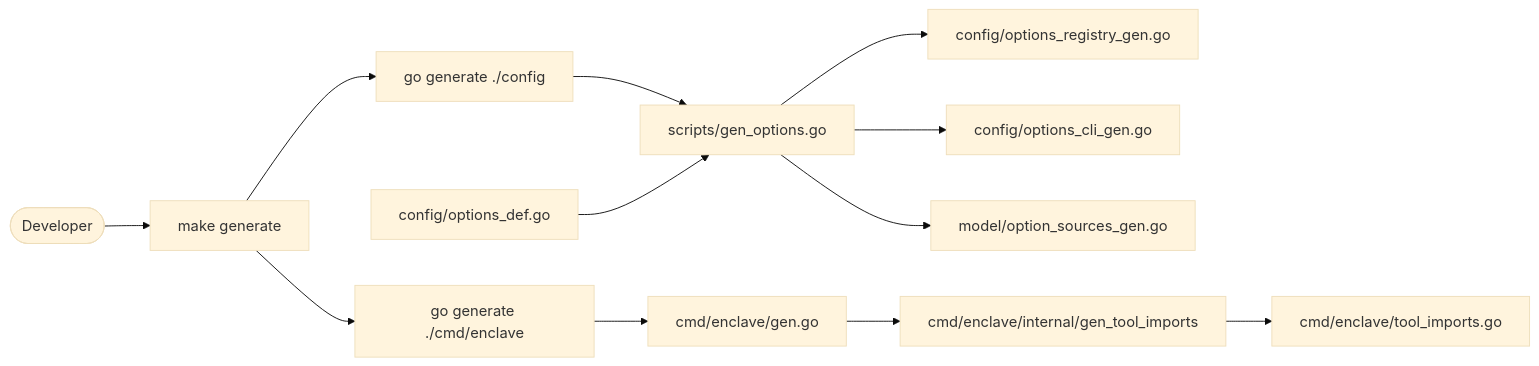
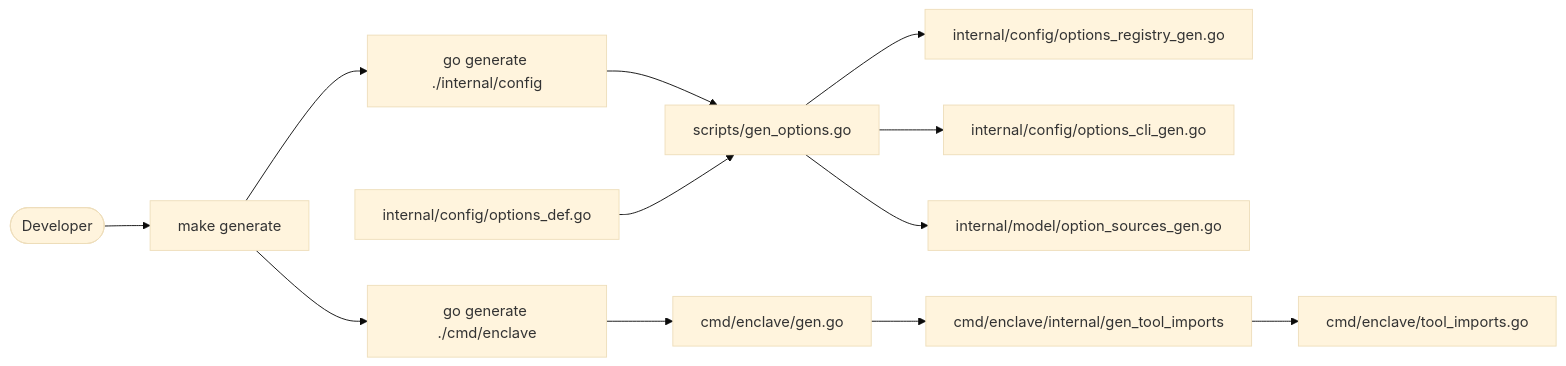
Before and after one commit to eclipse-enclave/enclave: the second of 2 diagrams in docs/ARCHITECTURE.md, drawn with Mermaid (base theme). The commit also changed other lines of this file and 56 other files, not shown here.

````diff
--- a/docs/ARCHITECTURE.md
+++ b/docs/ARCHITECTURE.md
@@ -69,16 +68,16 @@
 ```mermaid
 flowchart LR
     Developer([Developer]) --> Make["make generate"]
-    Make --> GenConfig["go generate ./config"]
+    Make --> GenConfig["go generate ./internal/config"]
     Make --> GenCmd["go generate ./cmd/enclave"]
 
     GenConfig --> GenOptions["scripts/gen_options.go"]
-    OptionsDef["config/options_def.go"] --> GenOptions
-    GenOptions --> OptionsRegistry["config/options_registry_gen.go"]
-    GenOptions --> OptionsCLI["config/options_cli_gen.go"]
-    GenOptions --> OptionSources["model/option_sources_gen.go"]
+    OptionsDef["internal/config/options_def.go"] --> GenOptions
+    GenOptions --> OptionsRegistry["internal/config/options_registry_gen.go"]
+    GenOptions --> OptionsCLI["internal/config/options_cli_gen.go"]
+    GenOptions --> OptionSources["internal/model/option_sources_gen.go"]
 
     GenCmd --> CmdGen["cmd/enclave/gen.go"]
     CmdGen --> ToolImportsGen["cmd/enclave/internal/gen_tool_imports"]
     ToolImportsGen --> ToolImports["cmd/enclave/tool_imports.go"]
 ```
````
